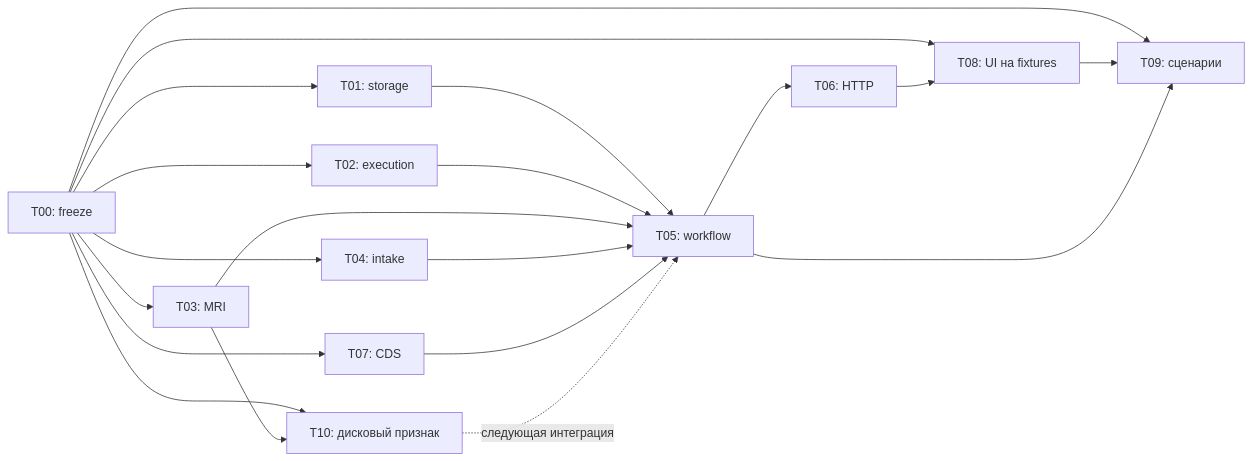
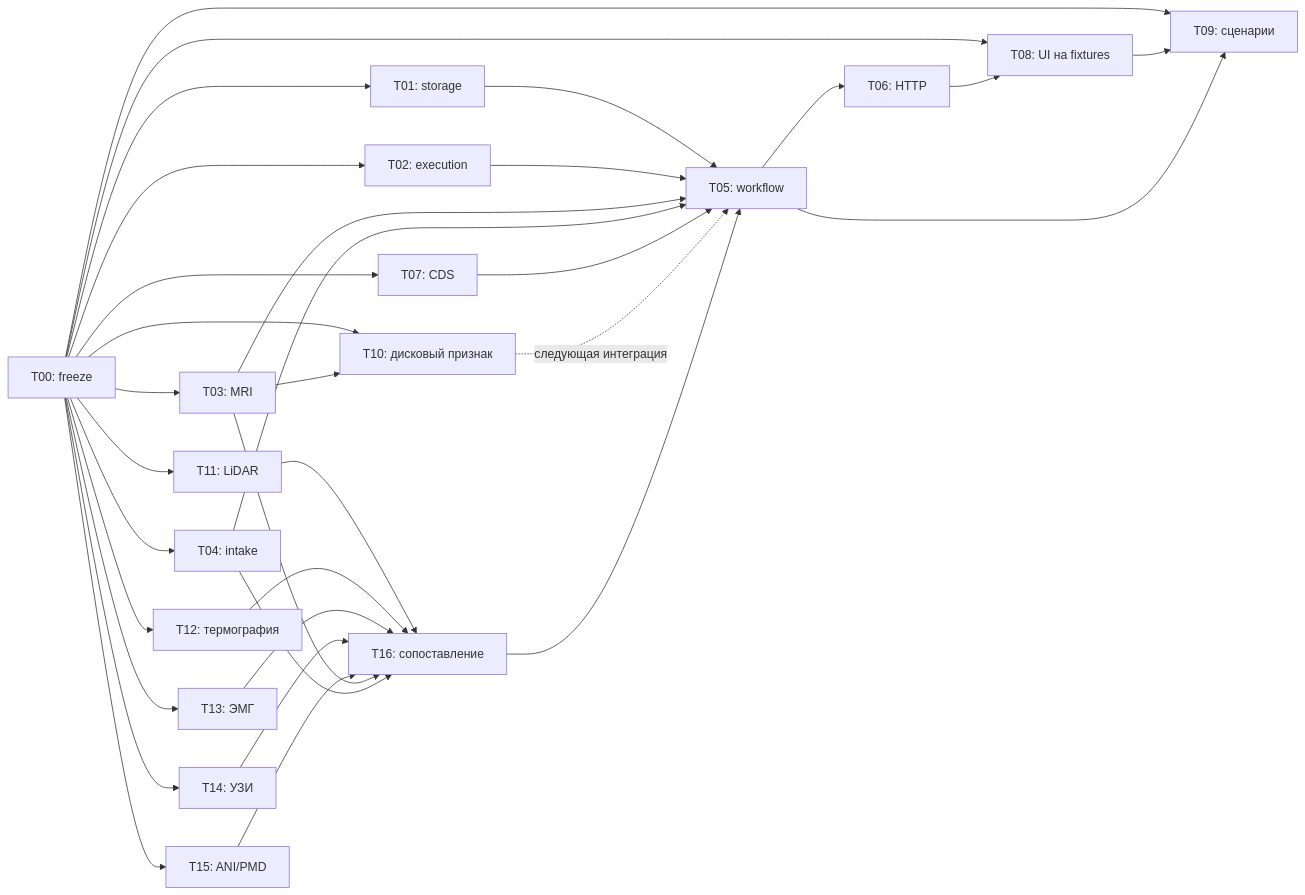
The diagram in docs/agent_tasks/README.md (ndreuu/DorsopathyCDS), drawn with Mermaid before and after one commit. The commit also changed other lines of this file and 14 other files, not shown here.

````diff
--- a/docs/agent_tasks/README.md
+++ b/docs/agent_tasks/README.md
@@ -109,22 +152,35 @@
 ```mermaid
 flowchart LR
   C[T00: freeze] --> S[T01: storage]
   C --> P[T02: execution]
   C --> M[T03: MRI]
   C --> I[T04: intake]
   C --> D[T07: CDS]
   C --> UI[T08: UI на fixtures]
   C --> QA[T09: сценарии]
   S --> W[T05: workflow]
   P --> W
   M --> W
   I --> W
   D --> W
   W --> API[T06: HTTP]
   API --> UI
   UI --> QA
   W --> QA
   C --> ML[T10: дисковый признак]
   M --> ML
   ML -. следующая интеграция .-> W
+  C --> L[T11: LiDAR]
+  C --> T[T12: термография]
+  C --> E[T13: ЭМГ]
+  C --> U[T14: УЗИ]
+  C --> N[T15: ANI/PMD]
+  L --> X[T16: сопоставление]
+  T --> X
+  E --> X
+  U --> X
+  N --> X
+  M --> X
+  I --> X
+  X --> W
 ```
````
